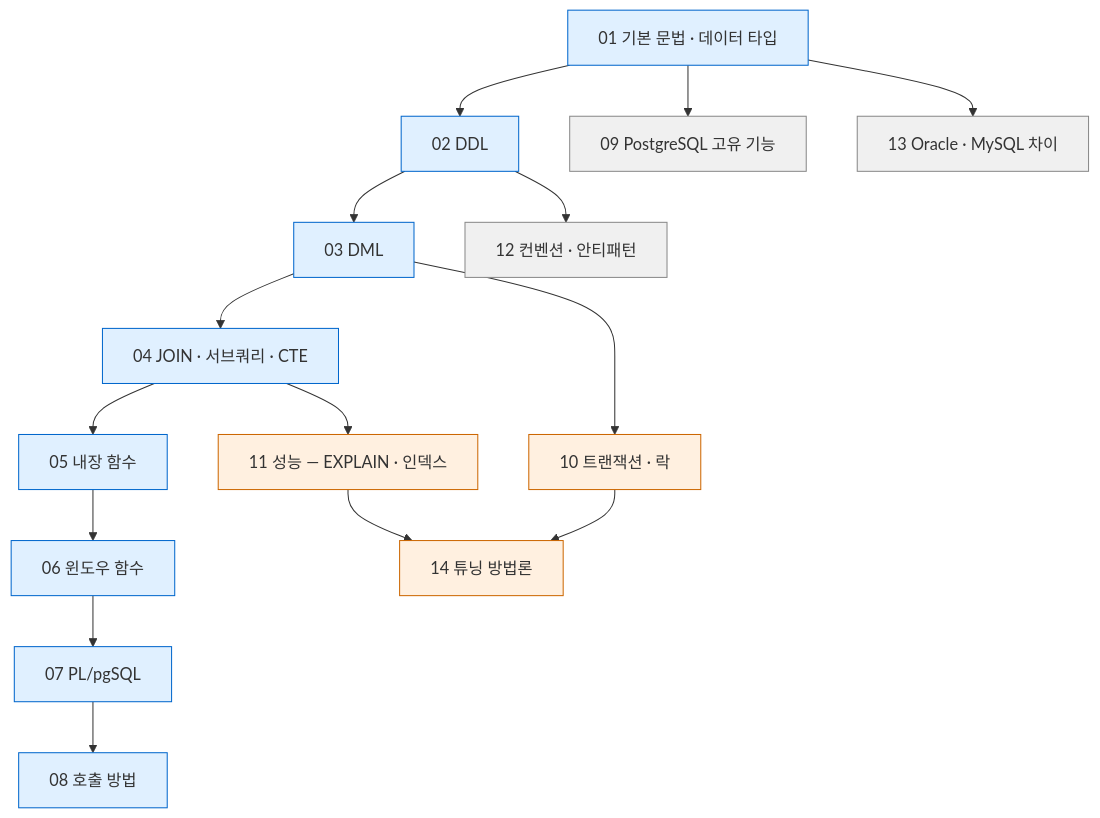
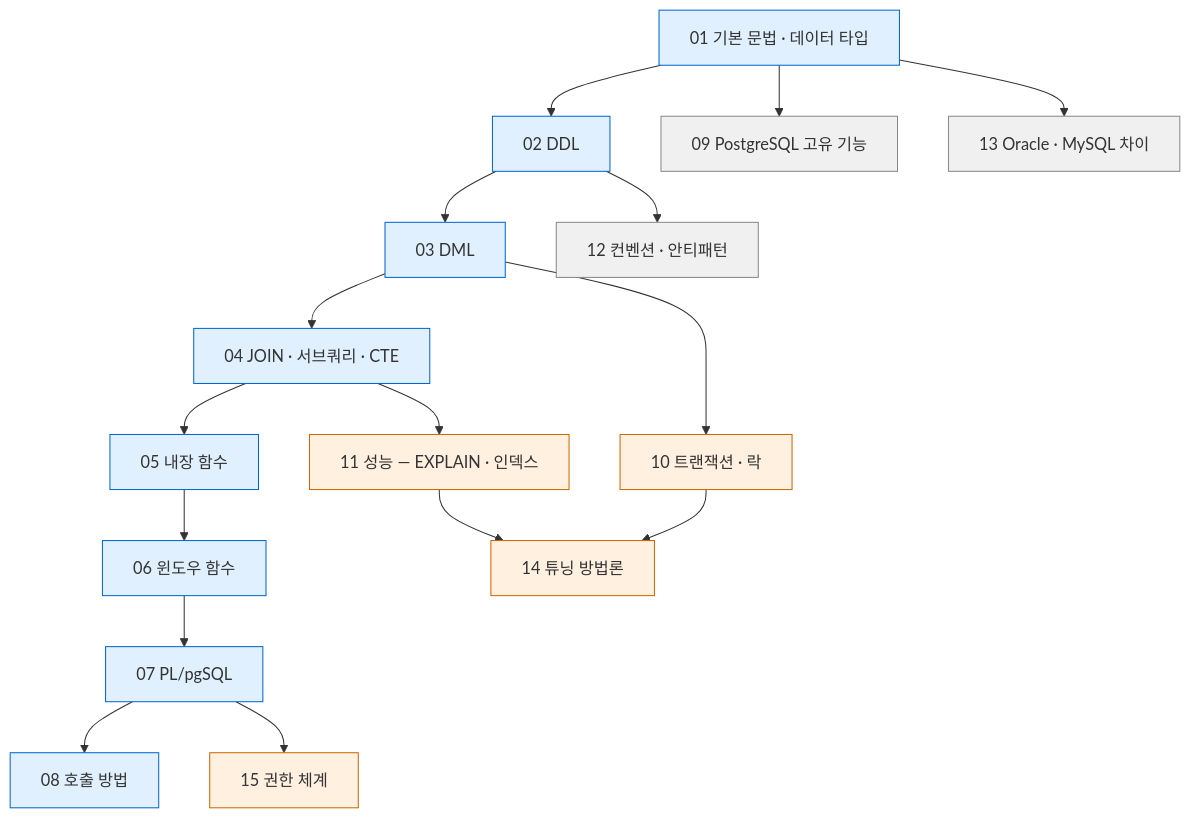
Before and after one commit to willjsw/code-lab: the diagram in PostgreSQL/00-INDEX.md, drawn with Mermaid. The commit also changed other lines of this file and 2 other files, not shown here.

````diff
--- a/PostgreSQL/00-INDEX.md
+++ b/PostgreSQL/00-INDEX.md
@@ -23,26 +23,27 @@
 ```mermaid
 flowchart TD
     A["01 기본 문법 · 데이터 타입"] --> B["02 DDL"]
     B --> C["03 DML"]
     C --> D["04 JOIN · 서브쿼리 · CTE"]
     D --> E["05 내장 함수"]
     E --> F["06 윈도우 함수"]
     F --> G["07 PL/pgSQL"]
     G --> H["08 호출 방법"]
 
     C --> I["10 트랜잭션 · 락"]
     D --> J["11 성능 — EXPLAIN · 인덱스"]
     J --> K["14 튜닝 방법론"]
     I --> K
 
     A --> L["09 PostgreSQL 고유 기능"]
     A --> M["13 Oracle · MySQL 차이"]
     B --> N["12 컨벤션 · 안티패턴"]
+    G --> O["15 권한 체계"]
 
     classDef core fill:#e0f0ff,stroke:#06c
     classDef perf fill:#fff0e0,stroke:#c60
     classDef ref fill:#f0f0f0,stroke:#888
     class A,B,C,D,E,F,G,H core
-    class I,J,K perf
+    class I,J,K,O perf
     class L,M,N ref
 ```
````
